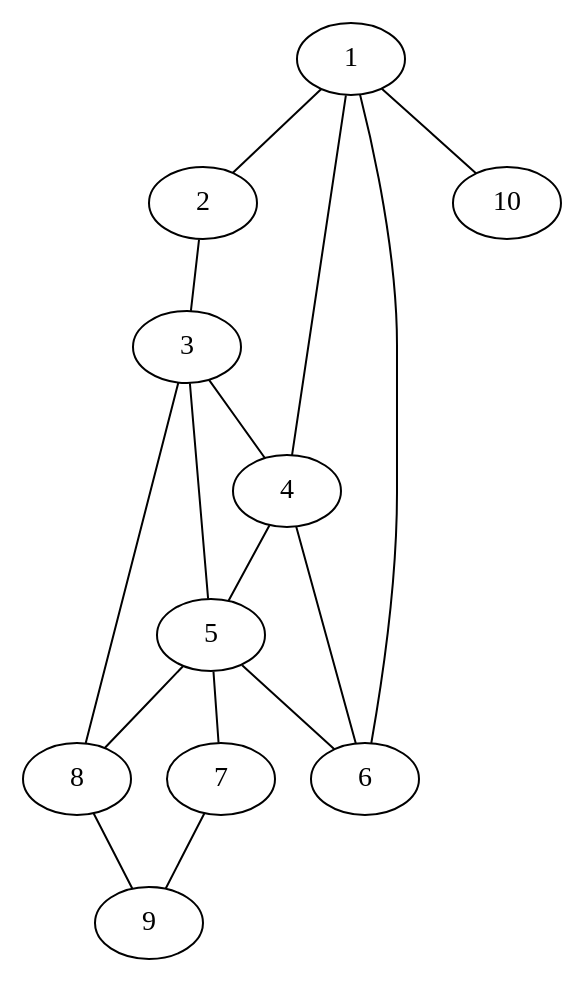
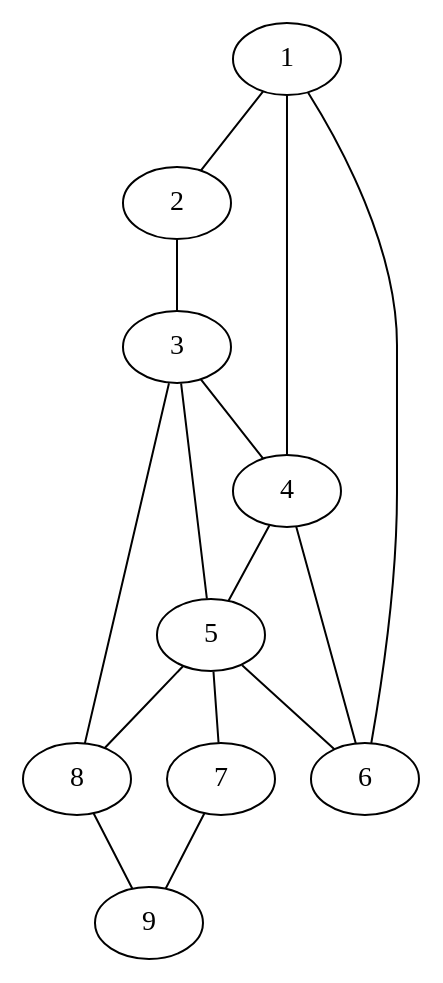
Before and after one commit to victorassiso/BibliGrafos: the diagram in input/dot/grafo_lista2.dot, drawn with Graphviz. The commit also changed 8 other files, not shown here.

```diff
--- a/input/dot/grafo_lista2.dot
+++ b/input/dot/grafo_lista2.dot
@@ -1,17 +1,16 @@
 graph {
 1 -- 2
 1 -- 4
 1 -- 6
 2 -- 3
 3 -- 4
 3 -- 5
 3 -- 8
 4 -- 5
 4 -- 6
 5 -- 6
 5 -- 7
 5 -- 8
 7 -- 9
 8 -- 9
-1 -- 10
 }
```
